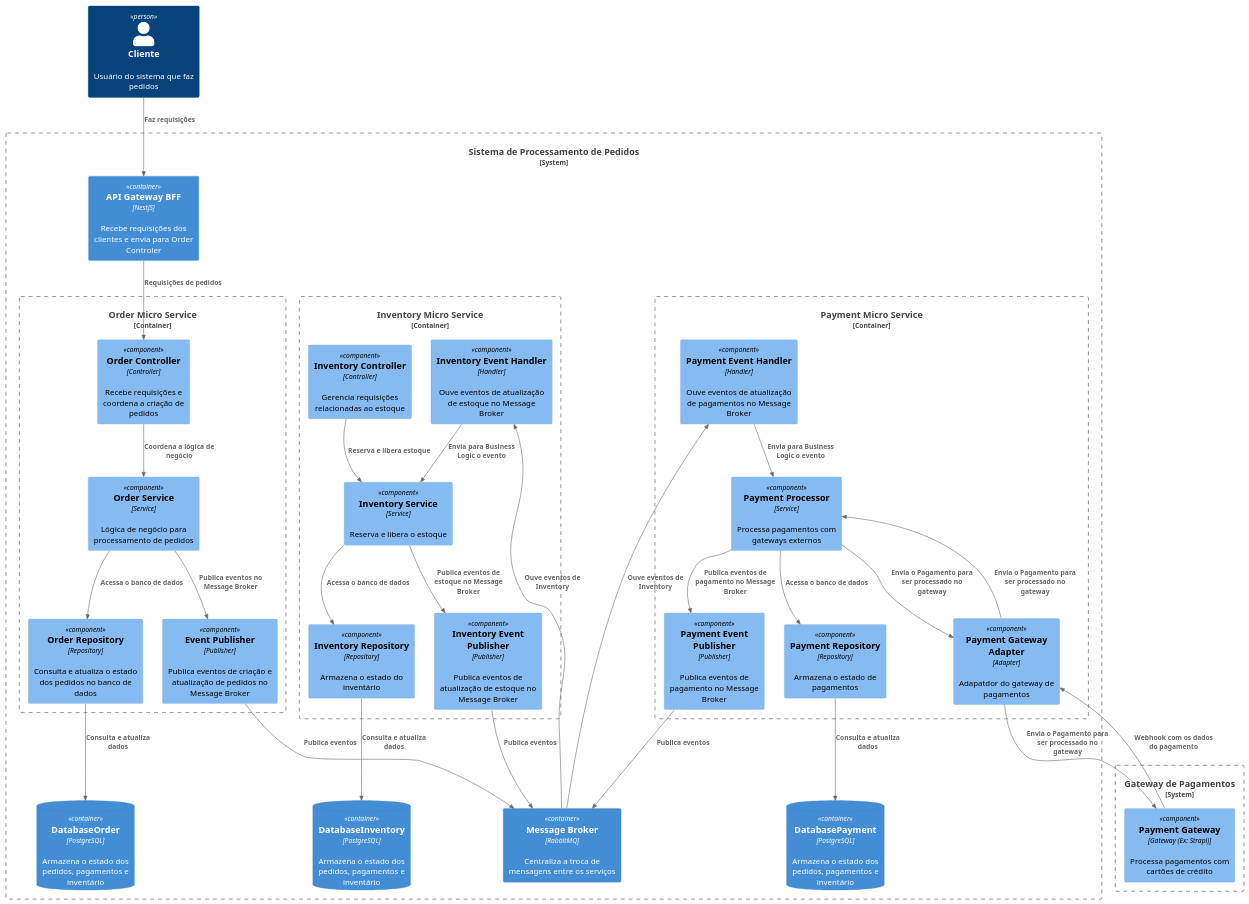
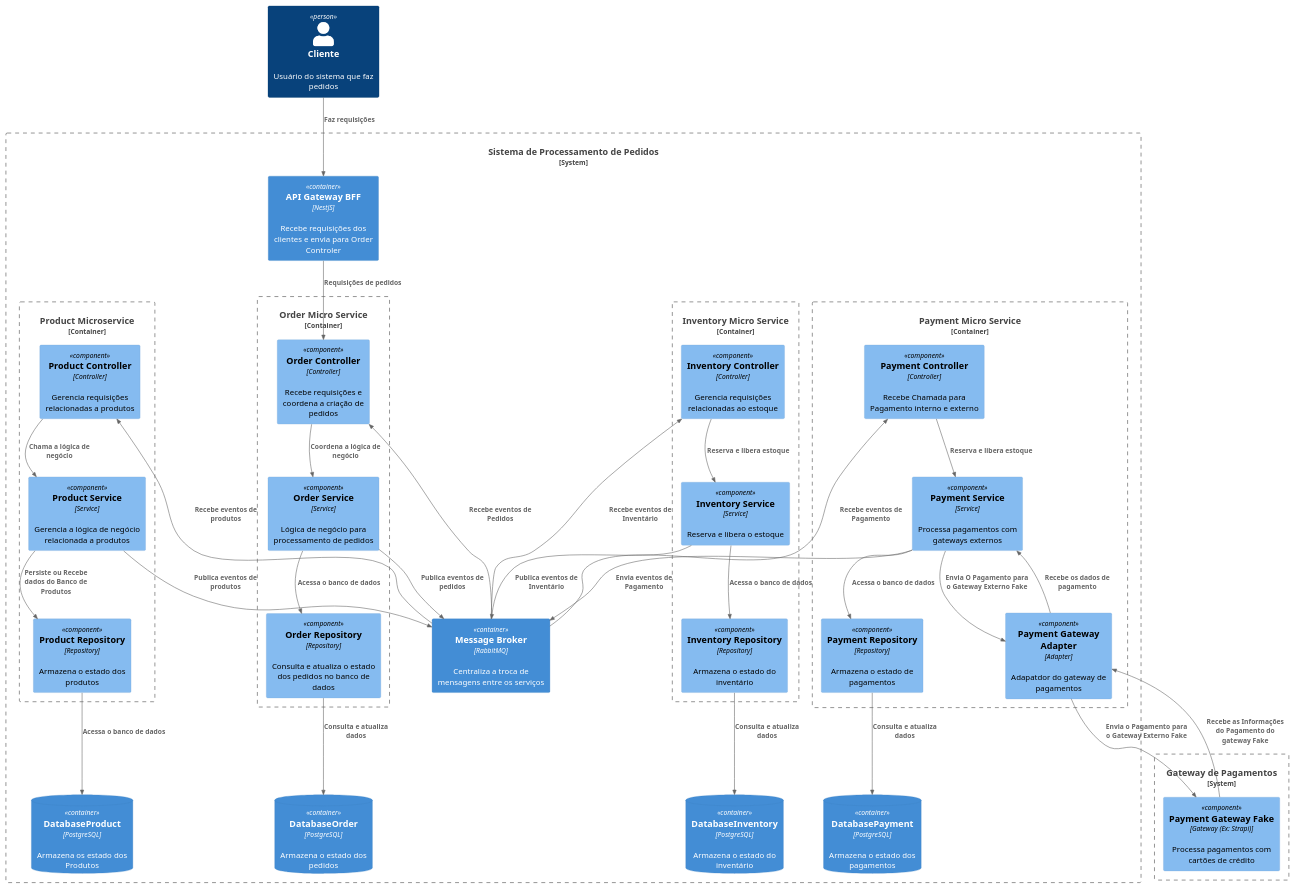
The diagram in n3-component.plantuml (jnerydesigner/Bemol), drawn with PlantUML before and after one commit. The commit also changed 58 other files, not shown here.

```diff
--- a/n3-component.plantuml
+++ b/n3-component.plantuml
@@ -1,86 +1,102 @@
 @startuml Component n3
 !include https://raw.githubusercontent.com/plantuml-stdlib/C4-PlantUML/master/C4_Component.puml
 
 Person(cliente, "Cliente", "Usuário do sistema que faz pedidos")
 
 
 
 System_Boundary(spp_boundary, "Sistema de Processamento de Pedidos") {
 
   Container(apiGateway, "API Gateway BFF", "NestJS", "Recebe requisições dos clientes e envia para Order Controler")
 
 ' Order Micro Service
   Container_Boundary(orderService, "Order Micro Service") {
     Component(orderController, "Order Controller", "Controller", "Recebe requisições e coordena a criação de pedidos")
     Component(orderServiceComponent, "Order Service", "Service", "Lógica de negócio para processamento de pedidos")
     Component(orderRepository, "Order Repository", "Repository", "Consulta e atualiza o estado dos pedidos no banco de dados")
-    Component(eventPublisher, "Event Publisher", "Publisher", "Publica eventos de criação e atualização de pedidos no Message Broker")
   }
 
   ' Payment Micro Service
 
   Container_Boundary(paymentService, "Payment Micro Service") {
-    Component(paymentProcessor, "Payment Processor", "Service", "Processa pagamentos com gateways externos")
+     Component(paymentController, "Payment Controller", "Controller", "Recebe Chamada para Pagamento interno e externo")
+    Component(paymentProcessor, "Payment Service", "Service", "Processa pagamentos com gateways externos")
     Component(paymentRepository, "Payment Repository", "Repository", "Armazena o estado de pagamentos")
-    Component(paymentEventPublisher, "Payment Event Publisher", "Publisher", "Publica eventos de pagamento no Message Broker")
+    Component(paymentGatewayAdapter, "Payment Gateway Adapter", "Adapter", "Adapatdor do gateway de pagamentos")
+  }
 
-    Component(paymentEventHandler, "Payment Event Handler", "Handler", "Ouve eventos de atualização de pagamentos no Message Broker")
-
-    Component(paymentGatewayAdapter, "Payment Gateway Adapter", "Adapter", "Adapatdor do gateway de pagamentos")
+  Container_Boundary(productMicroservice, "Product Microservice"){
+    Component(productController, "Product Controller", "Controller", "Gerencia requisições relacionadas a produtos")
+    Component(productService, "Product Service", "Service", "Gerencia a lógica de negócio relacionada a produtos")
+    Component(productRepository, "Product Repository", "Repository", "Armazena o estado dos produtos")
   }
 
   ' Inventory Micro Service
 
   Container_Boundary(inventoryService, "Inventory Micro Service") {
     Component(inventoryController, "Inventory Controller", "Controller", "Gerencia requisições relacionadas ao estoque")
     Component(inventoryServiceComponent, "Inventory Service", "Service", "Reserva e libera o estoque")
     Component(inventoryRepository, "Inventory Repository", "Repository", "Armazena o estado do inventário")
-    Component(inventoryEventPublisher, "Inventory Event Publisher", "Publisher", "Publica eventos de atualização de estoque no Message Broker")
-
-    Component(inventoryEventHandler, "Inventory Event Handler", "Handler", "Ouve eventos de atualização de estoque no Message Broker")
   }
 
   Container(messageBroker, "Message Broker", "RabbitMQ", "Centraliza a troca de mensagens entre os serviços")
 
-  ContainerDb(databaseOrder, "DatabaseOrder", "PostgreSQL", "Armazena o estado dos pedidos, pagamentos e inventário")
-  ContainerDb(databaseInventory, "DatabaseInventory", "PostgreSQL", "Armazena o estado dos pedidos, pagamentos e inventário")
-  ContainerDb(databasePayment, "DatabasePayment", "PostgreSQL", "Armazena o estado dos pedidos, pagamentos e inventário")
+  ContainerDb(databaseOrder, "DatabaseOrder", "PostgreSQL", "Armazena o estado dos pedidos")
+  ContainerDb(databaseInventory, "DatabaseInventory", "PostgreSQL", "Armazena o estado do inventário")
+  ContainerDb(databasePayment, "DatabasePayment", "PostgreSQL", "Armazena o estado dos pagamentos")
+  ContainerDb(databaseProduct, "DatabaseProduct", "PostgreSQL", "Armazena os estado dos Produtos")
 }
 
-Rel(cliente, apiGateway, "Faz requisições")
-Rel(apiGateway, orderController, "Requisições de pedidos")
-Rel(orderController, orderServiceComponent, "Coordena a lógica de negócio")
-Rel(orderServiceComponent, orderRepository, "Acessa o banco de dados")
-Rel(orderServiceComponent, eventPublisher, "Publica eventos no Message Broker")
 
 
-Rel(paymentProcessor, paymentRepository, "Acessa o banco de dados")
-Rel(paymentProcessor, paymentEventPublisher, "Publica eventos de pagamento no Message Broker")
 
+
+System_Boundary(paymentGatewaySystem, "Gateway de Pagamentos") {
+  Component(paymentGateway, "Payment Gateway Fake", "Gateway (Ex: Strapi)", "Processa pagamentos com cartões de crédito")
+}
+
+' Order
+
+Rel(cliente, apiGateway, "Faz requisições")
+
+Rel(apiGateway, orderController, "Requisições de pedidos")
+Rel(messageBroker, orderController, "Recebe eventos de Pedidos")
+Rel(orderController, orderServiceComponent, "Coordena a lógica de negócio")
+Rel(orderServiceComponent, messageBroker, "Publica eventos de pedidos")
+Rel(orderServiceComponent, orderRepository, "Acessa o banco de dados")
+Rel(orderRepository, databaseOrder, "Consulta e atualiza dados")
+
+
+
+' Product
+
+Rel(messageBroker, productController, "Recebe eventos de produtos")
+Rel(productController, productService, "Chama a lógica de negócio")
+Rel(productService, productRepository, "Persiste ou Recebe dados do Banco de Produtos")
+Rel(productRepository, databaseProduct, "Acessa o banco de dados")
+Rel(productService, messageBroker, "Publica eventos de produtos")
+
+
+
+Rel(messageBroker, inventoryController, "Recebe eventos de Inventário")
 Rel(inventoryController, inventoryServiceComponent, "Reserva e libera estoque")
 Rel(inventoryServiceComponent, inventoryRepository, "Acessa o banco de dados")
-Rel(inventoryServiceComponent, inventoryEventPublisher, "Publica eventos de estoque no Message Broker")
+Rel(inventoryRepository, databaseInventory, "Consulta e atualiza dados")
+Rel(inventoryServiceComponent, messageBroker, "Publica eventos de Inventário")
 
-Rel(eventPublisher, messageBroker, "Publica eventos")
-Rel(paymentEventPublisher, messageBroker, "Publica eventos")
-Rel(inventoryEventPublisher, messageBroker, "Publica eventos")
-Rel(orderRepository, databaseOrder, "Consulta e atualiza dados")
+
+
+
+' Payment
+Rel(messageBroker, paymentController, "Recebe eventos de Pagamento")
+Rel(paymentController, paymentProcessor, "Reserva e libera estoque")
+Rel(paymentProcessor, paymentRepository, "Acessa o banco de dados")
 Rel(paymentRepository, databasePayment, "Consulta e atualiza dados")
-Rel(inventoryRepository, databaseInventory, "Consulta e atualiza dados")
+Rel(paymentProcessor, paymentGatewayAdapter, "Envia O Pagamento para o Gateway Externo Fake")
+Rel(paymentGatewayAdapter, paymentProcessor, "Recebe os dados de pagamento")
+Rel(paymentGatewayAdapter, paymentGateway, "Envia o Pagamento para o Gateway Externo Fake")
+Rel(paymentGateway, paymentGatewayAdapter, "Recebe as Informações do Pagamento do gateway Fake")
+Rel( paymentProcessor, messageBroker, "Envia eventos de Pagamento")
 
-Rel(messageBroker, inventoryEventHandler, "Ouve eventos de Inventory")
-Rel(inventoryEventHandler, inventoryServiceComponent, "Envia para Business Logic o evento")
-
-Rel(messageBroker, paymentEventHandler, "Ouve eventos de Inventory")
-Rel(paymentEventHandler, paymentProcessor, "Envia para Business Logic o evento")
-
-System_Boundary(paymentGatewaySystem, "Gateway de Pagamentos") {
-  Component(paymentGateway, "Payment Gateway", "Gateway (Ex: Strapi)", "Processa pagamentos com cartões de crédito")
-}
-
-Rel(paymentGateway, paymentGatewayAdapter, "Webhook com os dados do pagamento")
-Rel(paymentProcessor, paymentGatewayAdapter,"Envia o Pagamento para ser processado no gateway")
-Rel(paymentGatewayAdapter, paymentProcessor,"Envia o Pagamento para ser processado no gateway")
-Rel(paymentGatewayAdapter, paymentGateway,"Envia o Pagamento para ser processado no gateway")
 
 @enduml
```
